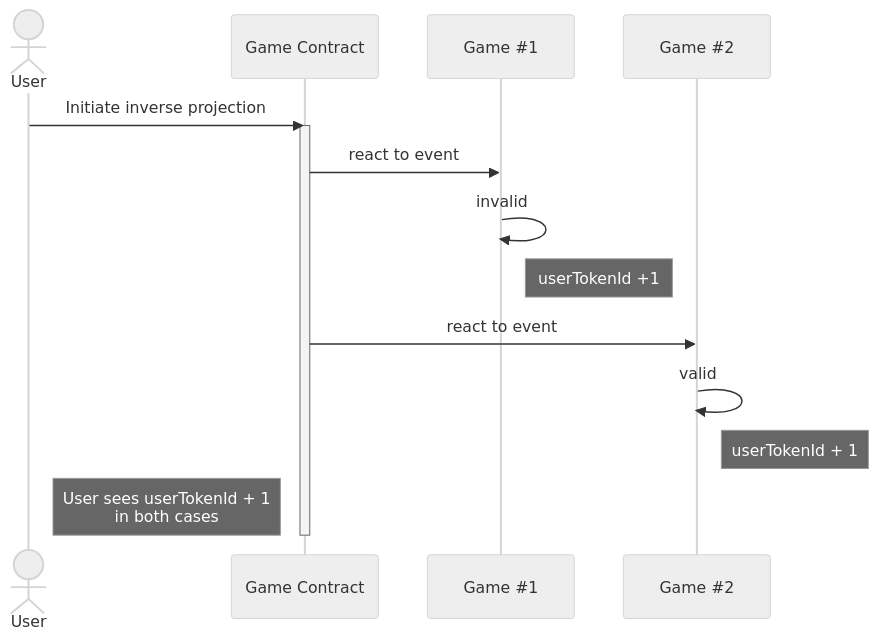
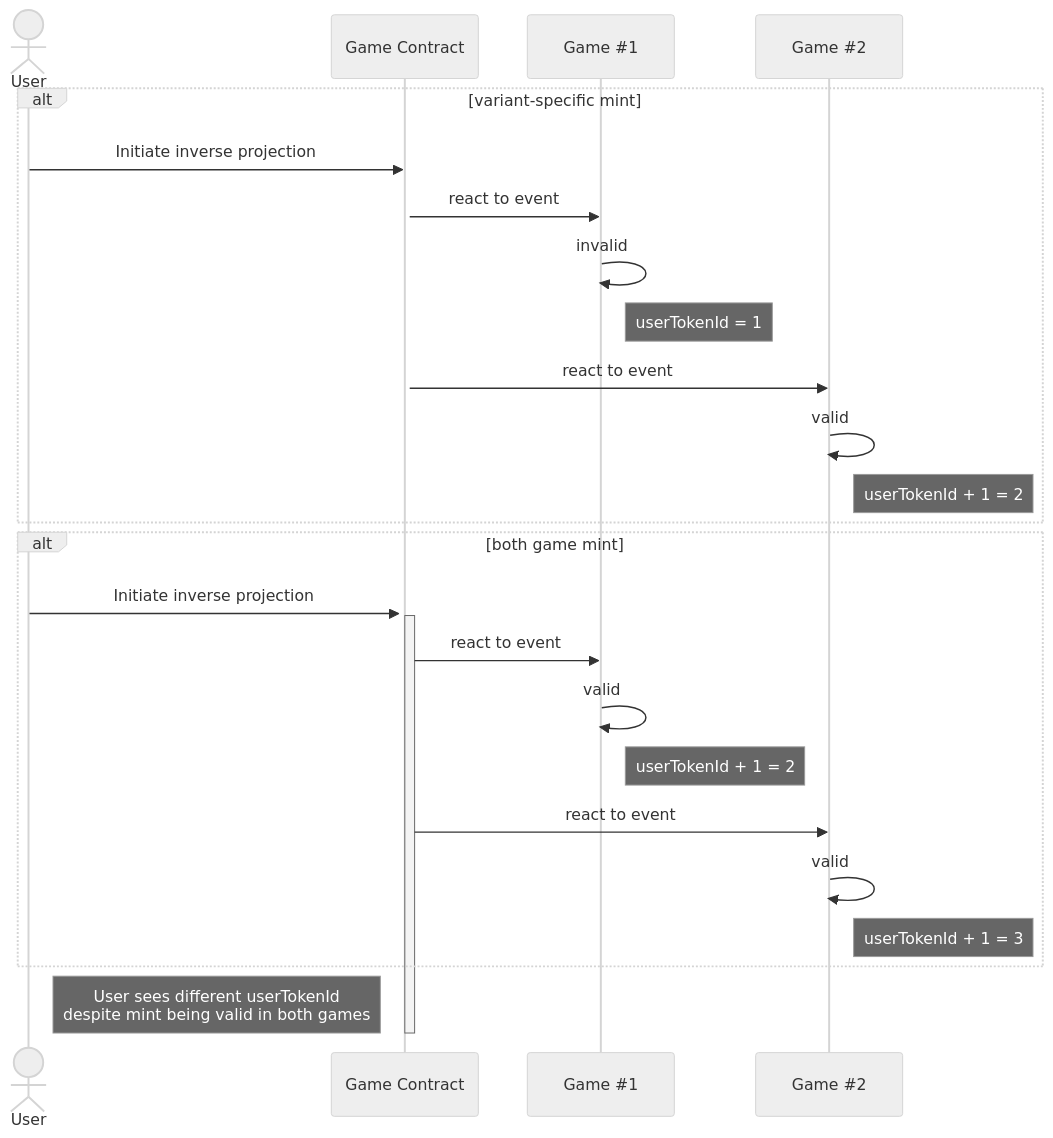
The second of 3 diagrams in PRCS/prc-3.md (PaimaStudios/PRC), drawn with Mermaid (neutral theme) before and after one commit. The commit also changed other lines of this file, not shown here.

Commit message:
Show bad case instead of valid case in sequence diagram

````diff
--- a/PRCS/prc-3.md
+++ b/PRCS/prc-3.md
@@ -117,17 +117,29 @@
 ```mermaid
 sequenceDiagram
     actor User
     participant Game Contract
     participant Game #35;1
     participant Game #35;2
-    User->>Game Contract: Initiate inverse projection
-    activate Game Contract
-    Game Contract->>Game #35;1: react to event
-    Game #35;1->>Game #35;1: invalid
-    Note right of Game #35;1: userTokenId +1
-    Game Contract->>Game #35;2: react to event
-    Game #35;2->>Game #35;2: valid
-    Note right of Game #35;2: userTokenId + 1
-    Note right of User: User sees userTokenId + 1<br />in both cases
+    alt variant-specific mint
+        User->>Game Contract: Initiate inverse projection
+        activate Game Contract
+        Game Contract->>Game #35;1: react to event
+        Game #35;1->>Game #35;1: invalid
+        Note right of Game #35;1: userTokenId = 1
+        Game Contract->>Game #35;2: react to event
+        Game #35;2->>Game #35;2: valid
+        Note right of Game #35;2: userTokenId + 1 = 2
+    end
+    alt both game mint
+        User->>Game Contract: Initiate inverse projection
+        activate Game Contract
+        Game Contract->>Game #35;1: react to event
+        Game #35;1->>Game #35;1: valid
+        Note right of Game #35;1: userTokenId + 1 = 2
+        Game Contract->>Game #35;2: react to event
+        Game #35;2->>Game #35;2: valid
+        Note right of Game #35;2: userTokenId + 1 = 3
+    end
+    Note right of User: User sees different userTokenId<br />despite mint being valid in both games
     deactivate Game Contract
 ```
````
